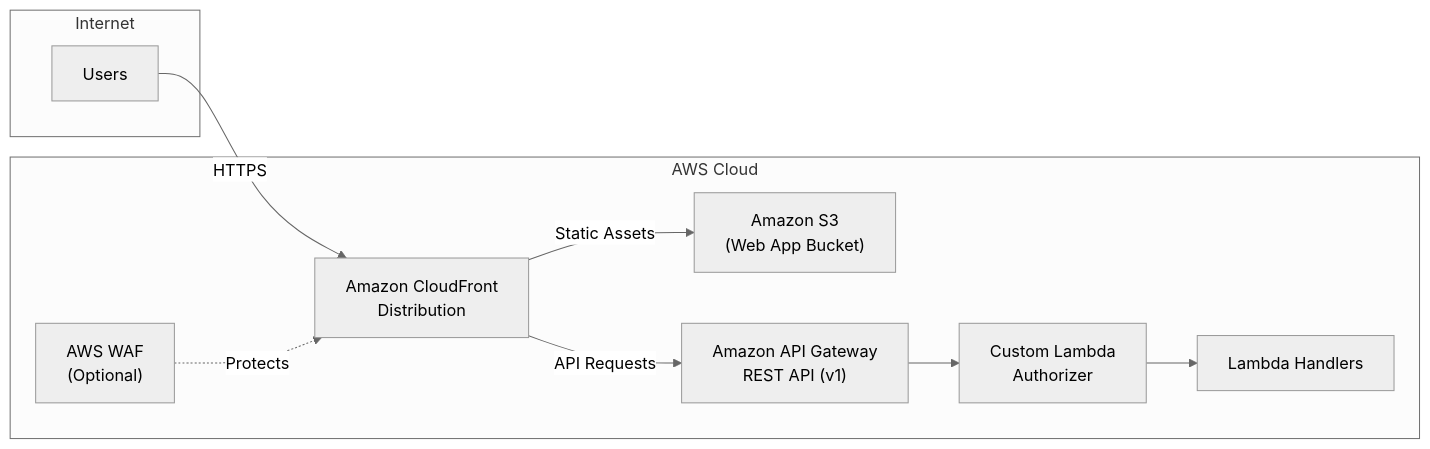
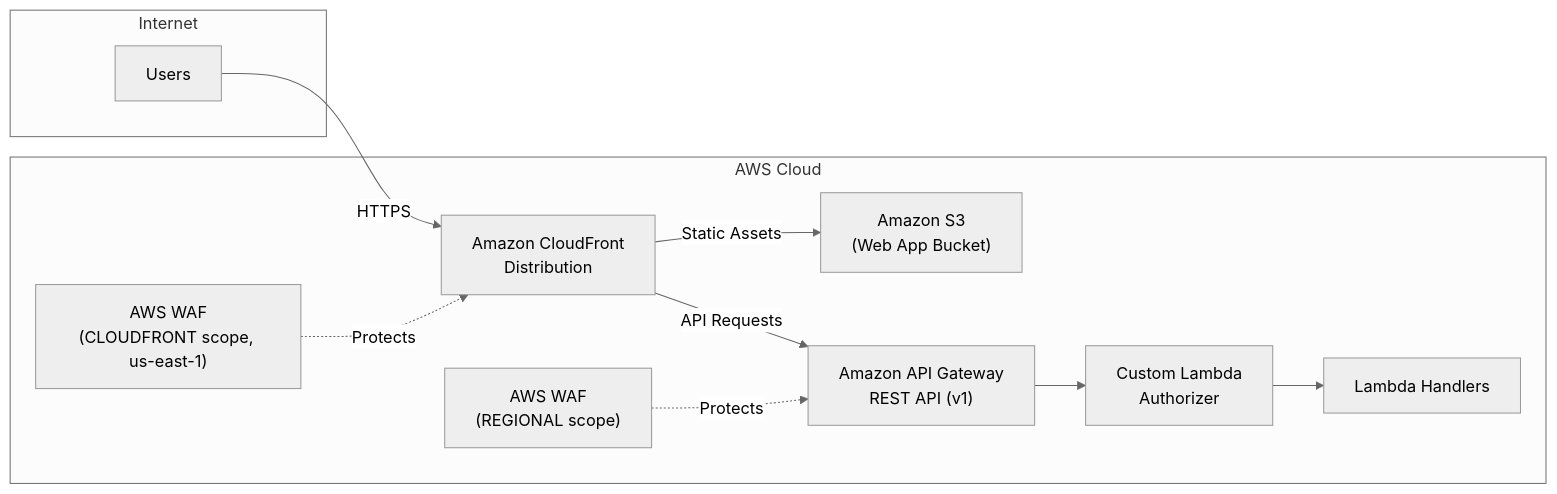
The first of 3 diagrams in documentation/docusaurus-site/docs/architecture/networking.md (awslabs/visual-asset-management-system), drawn with Mermaid (neutral theme) before and after one commit. The commit also changed other lines of this file and 70 other files, not shown here.

Commit message:
Implement security fixes, bugs, and WAF policy feature, and regional WAF addition for API gateway, Split CLAUDE steering files up.

````diff
--- a/documentation/docusaurus-site/docs/architecture/networking.md
+++ b/documentation/docusaurus-site/docs/architecture/networking.md
@@ -11,22 +11,24 @@
 ```mermaid
 graph LR
     subgraph Internet
         USER["Users"]
     end
 
     subgraph AWS Cloud
         CF["Amazon CloudFront<br/>Distribution"]
-        WAF["AWS WAF<br/>(Optional)"]
+        WAFCF["AWS WAF<br/>(CLOUDFRONT scope, us-east-1)"]
+        WAFR["AWS WAF<br/>(REGIONAL scope)"]
         S3W["Amazon S3<br/>(Web App Bucket)"]
         APIGW["Amazon API Gateway<br/>REST API (v1)"]
         AUTH["Custom Lambda<br/>Authorizer"]
         HANDLERS["Lambda Handlers"]
     end
 
     USER -->|HTTPS| CF
-    WAF -.->|Protects| CF
+    WAFCF -.->|Protects| CF
+    WAFR -.->|Protects| APIGW
     CF -->|Static Assets| S3W
     CF -->|API Requests| APIGW
     APIGW --> AUTH
     AUTH --> HANDLERS
 ```
````
